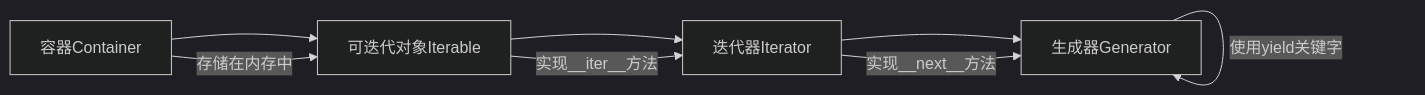
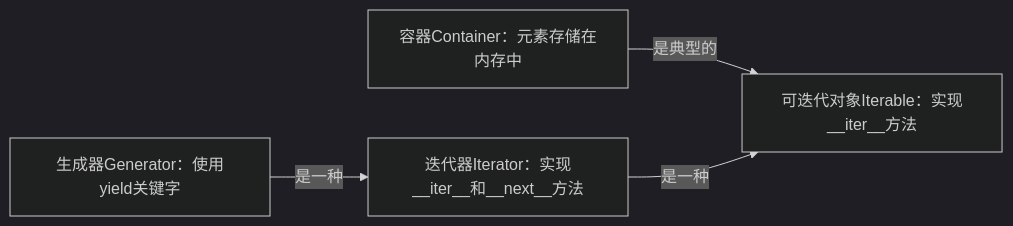
Before and after one commit to MuyuQ/MuyuQ.github.io: the diagram in docs/Python/Python容器、可迭代对象、迭代器与生成器.md, drawn with Mermaid (dark theme). The commit also changed other lines of this file and 82 other files, not shown here.

````diff
--- a/docs/Python/Python容器、可迭代对象、迭代器与生成器.md
+++ b/docs/Python/Python容器、可迭代对象、迭代器与生成器.md
@@ -11,11 +11,6 @@
 ```mermaid
 graph LR
-    A[容器Container] --> B[可迭代对象Iterable]
-    B --> C[迭代器Iterator]
-    C --> D[生成器Generator]
-    
-    A -- "存储在内存中" --> B
-    B -- "实现__iter__方法" --> C
-    C -- "实现__next__方法" --> D
-    D -- "使用yield关键字" --> D
+    A["容器Container：元素存储在内存中"] -->|"是典型的"| B["可迭代对象Iterable：实现__iter__方法"]
+    C["生成器Generator：使用yield关键字"] -->|"是一种"| D["迭代器Iterator：实现__iter__和__next__方法"]
+    D -->|"是一种"| B
 ```
````
